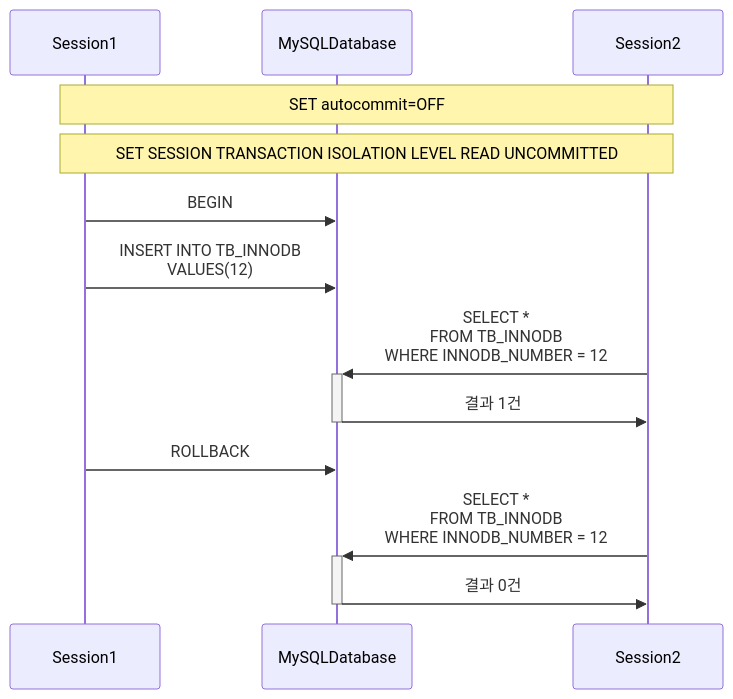
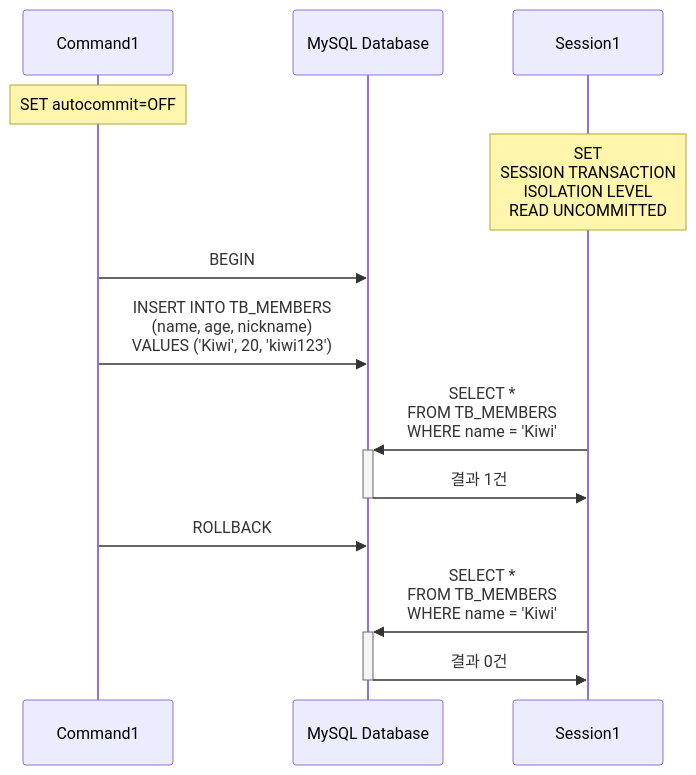
The first of 4 diagrams in 8.TransactionIsolation/README.md (lkdcode/RepositoLee-SQL), drawn with Mermaid before and after one commit. The commit also changed other lines of this file, not shown here.

First line of the commit message:
Feat(:Transaction-Isolation) add READ COMMITTED, READ UNCOMMITED

````diff
--- a/8.TransactionIsolation/README.md
+++ b/8.TransactionIsolation/README.md
@@ -29,19 +72,15 @@
 ```mermaid
 sequenceDiagram
+    participant Command1
+    participant MySQL Database
     participant Session1
-    participant MySQLDatabase
-    participant Session2
-    Note over Session1, Session2: SET autocommit=OFF
-    Note over Session1, Session2: SET SESSION TRANSACTION ISOLATION LEVEL READ UNCOMMITTED
-
-    Session1 ->>MySQLDatabase: BEGIN
-    Session1 ->>MySQLDatabase: INSERT INTO TB_INNODB<br/>VALUES(12)
-
-    Session2 ->>+MySQLDatabase: SELECT * <br/>FROM TB_INNODB<br/>WHERE INNODB_NUMBER = 12
-    MySQLDatabase ->>-Session2: 결과 1건
-
-    Session1 ->>MySQLDatabase: ROLLBACK
-
-    Session2 ->>+MySQLDatabase: SELECT * <br/>FROM TB_INNODB<br/>WHERE INNODB_NUMBER = 12
-    MySQLDatabase ->>-Session2: 결과 0건
+    Note over Command1: SET autocommit=OFF
+    Note over Session1: SET<br/>SESSION TRANSACTION<br/>ISOLATION LEVEL<br/>READ UNCOMMITTED
+    Command1 ->> MySQL Database: BEGIN
+    Command1 ->> MySQL Database: INSERT INTO TB_MEMBERS<br/>(name, age, nickname)<br/>VALUES ('Kiwi', 20, 'kiwi123')
+    Session1 ->>+ MySQL Database: SELECT *<br/>FROM TB_MEMBERS<br/>WHERE name = 'Kiwi'
+    MySQL Database ->>- Session1: 결과 1건
+    Command1 ->> MySQL Database: ROLLBACK
+    Session1 ->>+ MySQL Database: SELECT *<br/>FROM TB_MEMBERS<br/>WHERE name = 'Kiwi'
+    MySQL Database ->>- Session1: 결과 0건
 ```
````
